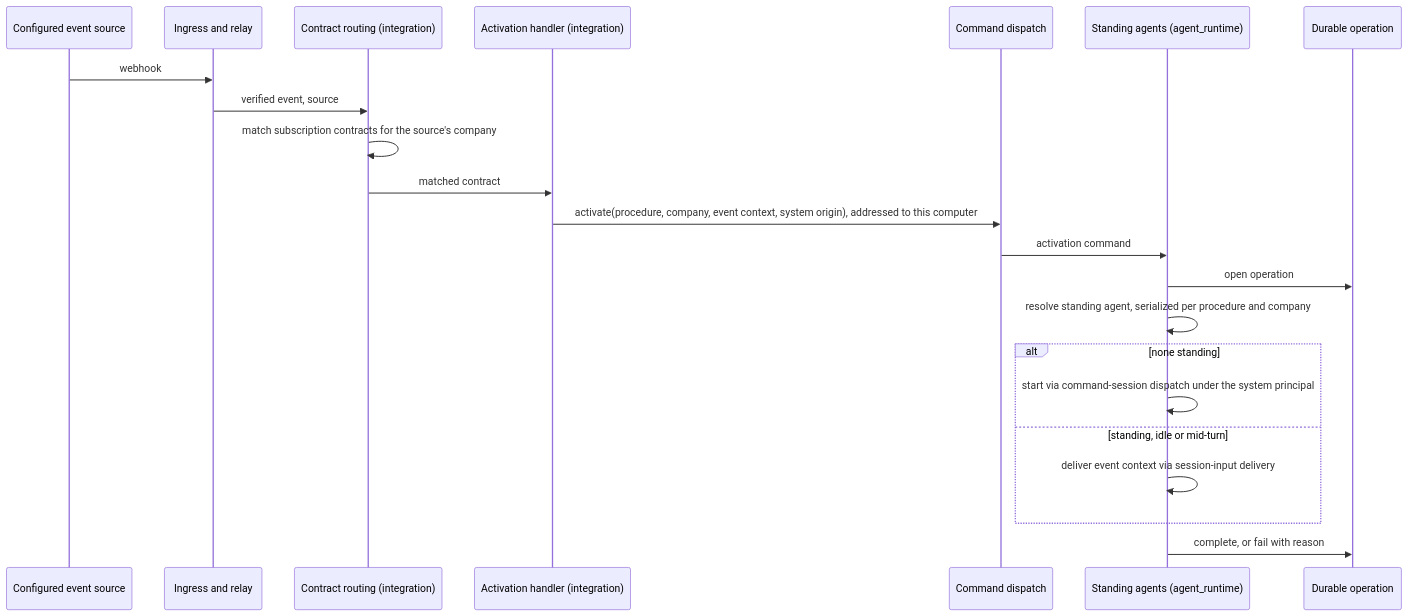
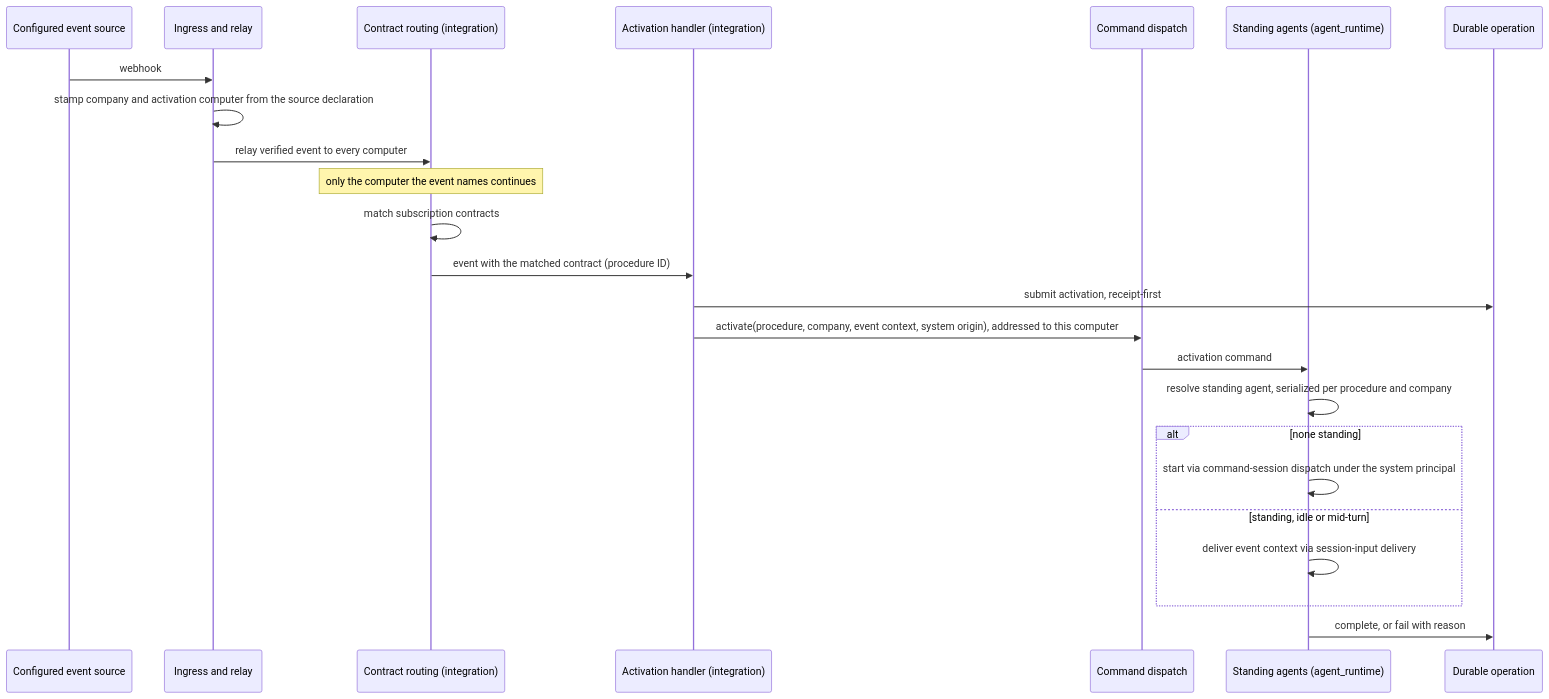
The diagram in docs/project/design/architecture/procedure-activation.md (InstruktAI/TeleClaude), drawn with Mermaid before and after one commit. The commit also changed other lines of this file and 8 other files, not shown here.

First line of the commit message:
docs(procedure-event-activation): name the activation computer at the source, open activations receipt-first, and persist session company context

````diff
--- a/docs/project/design/architecture/procedure-activation.md
+++ b/docs/project/design/architecture/procedure-activation.md
@@ -94,25 +101,27 @@
 ```mermaid
 sequenceDiagram
     participant Src as Configured event source
     participant Ing as Ingress and relay
     participant Rt as Contract routing (integration)
     participant Act as Activation handler (integration)
     participant Cmd as Command dispatch
     participant AR as Standing agents (agent_runtime)
     participant Op as Durable operation
 
     Src->>Ing: webhook
-    Ing->>Rt: verified event, source
-    Rt->>Rt: match subscription contracts for the source's company
-    Rt->>Act: matched contract
+    Ing->>Ing: stamp company and activation computer from the source declaration
+    Ing->>Rt: relay verified event to every computer
+    Note over Rt: only the computer the event names continues
+    Rt->>Rt: match subscription contracts
+    Rt->>Act: event with the matched contract (procedure ID)
+    Act->>Op: submit activation, receipt-first
     Act->>Cmd: activate(procedure, company, event context, system origin), addressed to this computer
     Cmd->>AR: activation command
-    AR->>Op: open operation
     AR->>AR: resolve standing agent, serialized per procedure and company
     alt none standing
         AR->>AR: start via command-session dispatch under the system principal
     else standing, idle or mid-turn
         AR->>AR: deliver event context via session-input delivery
     end
     AR->>Op: complete, or fail with reason
 ```
````
